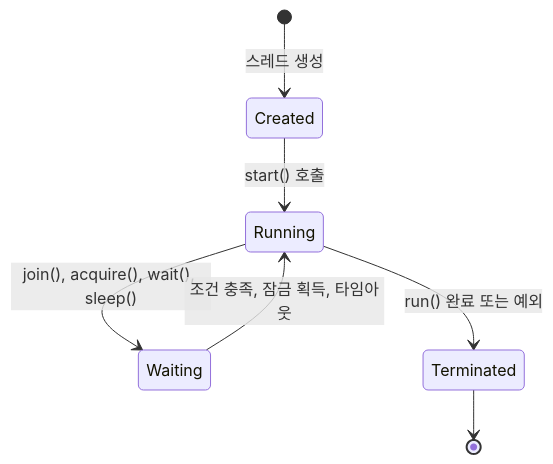
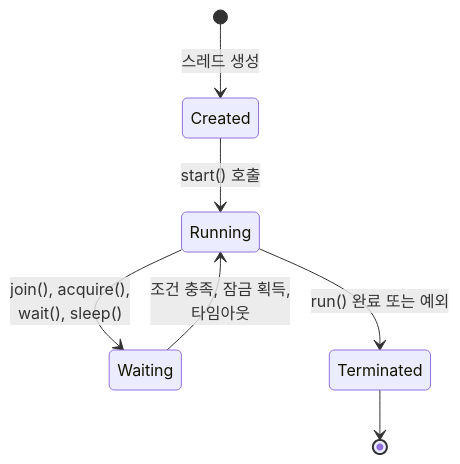
The first of 4 diagrams in src/content/posts/python-threading.md (RJ-Stony/injoy), drawn with Mermaid before and after one commit. The commit also changed 6 other files, not shown here.

First line of the commit message:
fix: 다이어그램 텍스트 겹침·스텝 재생 유지·모바일 서식 알약·화살표 그리기 모션

````diff
--- a/src/content/posts/python-threading.md
+++ b/src/content/posts/python-threading.md
@@ -126,9 +126,9 @@
 ```mermaid
 stateDiagram-v2
     [*] --> Created: 스레드 생성
     Created --> Running: start() 호출
-    Running --> Waiting: join(), acquire(), wait(), sleep()
-    Waiting --> Running: 조건 충족, 잠금 획득, 타임아웃
+    Running --> Waiting: join(), acquire(),<br/>wait(), sleep()
+    Waiting --> Running: 조건 충족, 잠금 획득,<br/>타임아웃
     Running --> Terminated: run() 완료 또는 예외
     Terminated --> [*]
 ```
````
